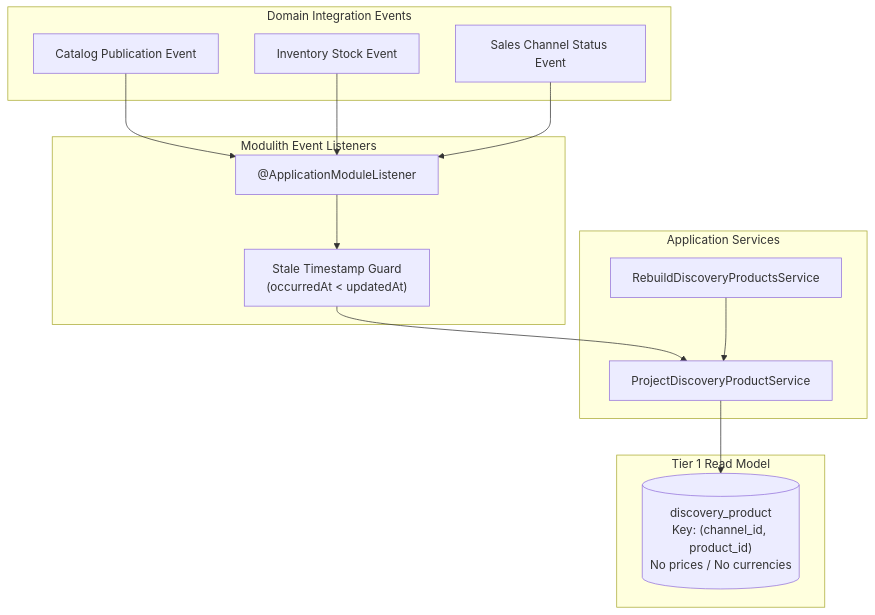
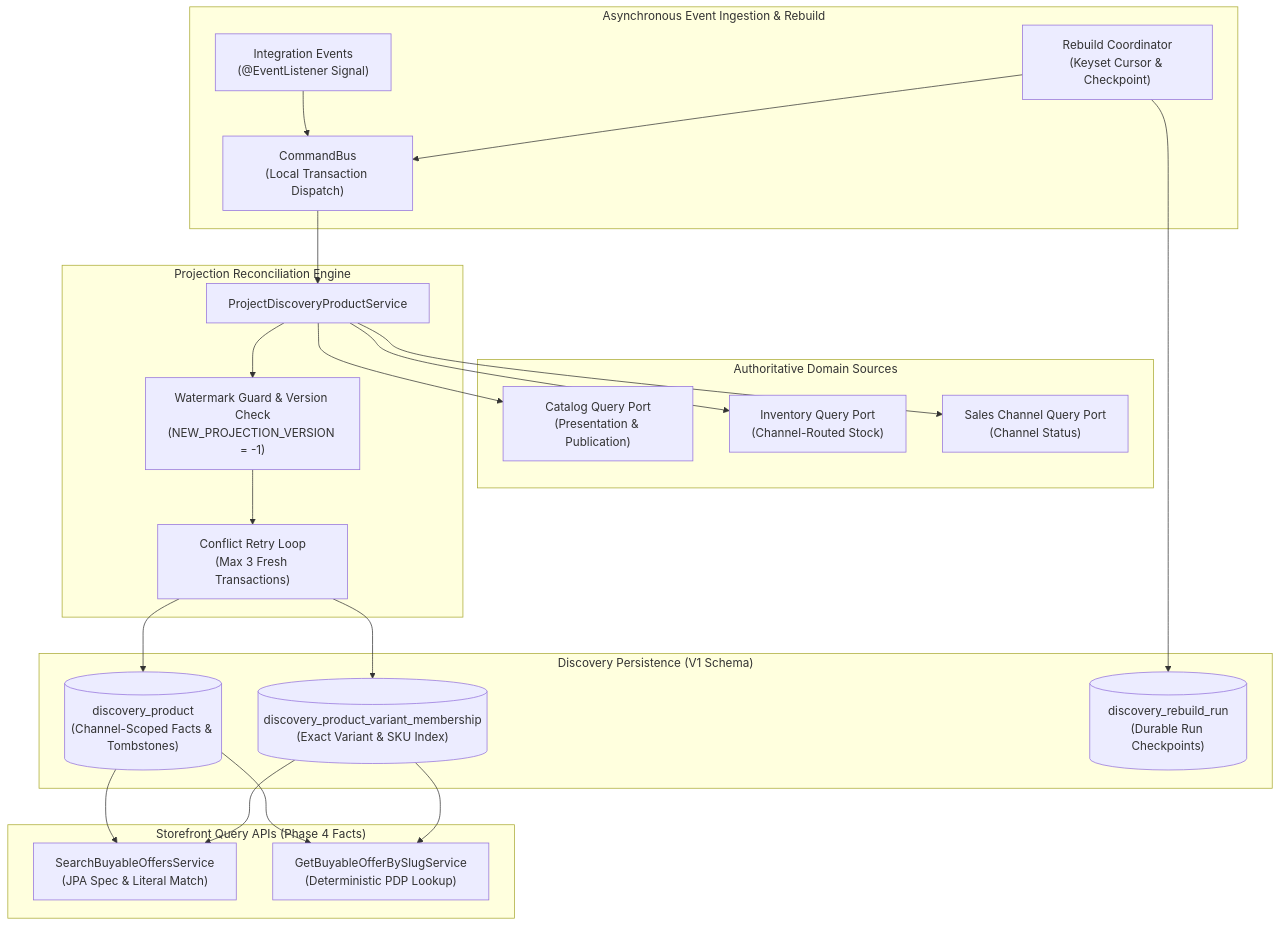
The diagram in docs/features/feat_006-discovery-wiring-projection-reconciliation.md (khinemyaezin/grab), drawn with Mermaid before and after one commit. The commit also changed other lines of this file and 254 other files, not shown here.

Commit message:
feat: add new models and update storefront query configuration for multi-regional support

````diff
--- a/docs/features/feat_006-discovery-wiring-projection-reconciliation.md
+++ b/docs/features/feat_006-discovery-wiring-projection-reconciliation.md
@@ -7,30 +13,48 @@
 ```mermaid
 flowchart TD
-    subgraph Events ["Domain Integration Events"]
-        CatEvt["Catalog Publication Event"]
-        InvEvt["Inventory Stock Event"]
-        ChanEvt["Sales Channel Status Event"]
+    subgraph Sources ["Authoritative Domain Sources"]
+        Cat["Catalog Query Port<br/>(Presentation & Publication)"]
+        Inv["Inventory Query Port<br/>(Channel-Routed Stock)"]
+        SC["Sales Channel Query Port<br/>(Channel Status)"]
     end
 
-    subgraph Projector ["Modulith Event Listeners"]
-        Listener["@ApplicationModuleListener"]
-        StaleCheck["Stale Timestamp Guard<br/>(occurredAt < updatedAt)"]
+    subgraph Ingestion ["Asynchronous Event Ingestion & Rebuild"]
+        Events["Integration Events<br/>(@EventListener Signal)"]
+        Rebuild["Rebuild Coordinator<br/>(Keyset Cursor & Checkpoint)"]
+        Bus["CommandBus<br/>(Local Transaction Dispatch)"]
     end
 
-    subgraph Services ["Application Services"]
-        ProjectService["ProjectDiscoveryProductService"]
-        RebuildService["RebuildDiscoveryProductsService"]
+    subgraph Reconciliation ["Projection Reconciliation Engine"]
+        Service["ProjectDiscoveryProductService"]
+        Watermark["Watermark Guard & Version Check<br/>(NEW_PROJECTION_VERSION = -1)"]
+        Retry["Conflict Retry Loop<br/>(Max 3 Fresh Transactions)"]
     end
 
-    subgraph Storage ["Tier 1 Read Model"]
-        DB[("discovery_product<br/>Key: (channel_id, product_id)<br/>No prices / No currencies")]
+    subgraph Storage ["Discovery Persistence (V1 Schema)"]
+        ProdTable[("discovery_product<br/>(Channel-Scoped Facts & Tombstones)")]
+        VarTable[("discovery_product_variant_membership<br/>(Exact Variant & SKU Index)")]
+        RunTable[("discovery_rebuild_run<br/>(Durable Run Checkpoints)")]
     end
 
-    CatEvt --> Listener
-    InvEvt --> Listener
-    ChanEvt --> Listener
-    Listener --> StaleCheck
-    StaleCheck --> ProjectService
-    RebuildService --> ProjectService
-    ProjectService --> DB
+    subgraph Storefront ["Storefront Query APIs (Phase 4 Facts)"]
+        Search["SearchBuyableOffersService<br/>(JPA Spec & Literal Match)"]
+        PDP["GetBuyableOfferBySlugService<br/>(Deterministic PDP Lookup)"]
+    end
+
+    Events --> Bus
+    Rebuild --> Bus
+    Bus --> Service
+    Service --> Cat
+    Service --> Inv
+    Service --> SC
+    Service --> Watermark
+    Watermark --> Retry
+    Retry --> ProdTable
+    Retry --> VarTable
+    Rebuild --> RunTable
+
+    ProdTable --> Search
+    VarTable --> Search
+    ProdTable --> PDP
+    VarTable --> PDP
 ```
````
